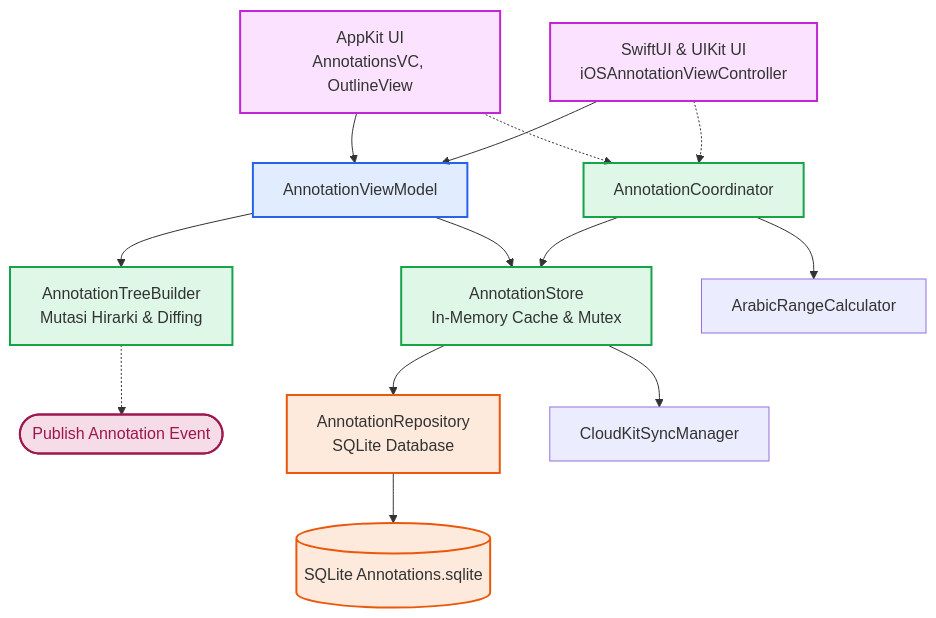
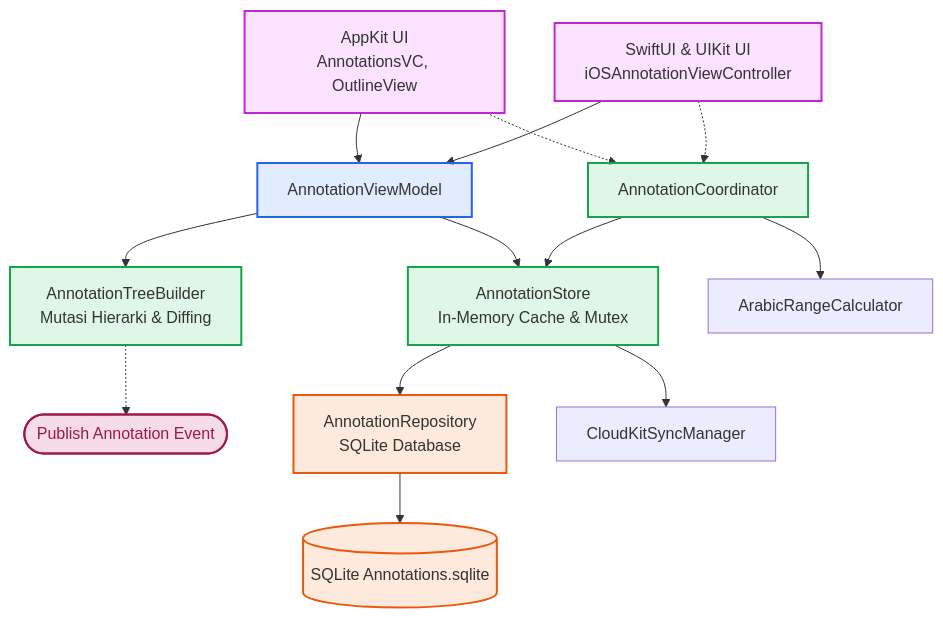
The diagram in docs/features/annotations/index.md (bismillah-100/Maktabah), drawn with Mermaid before and after one commit. The commit also changed 9 other files, not shown here.

````diff
--- a/docs/features/annotations/index.md
+++ b/docs/features/annotations/index.md
@@ -28,32 +28,32 @@
 ```mermaid
 flowchart TD
     UI_Mac[AppKit UI<br>AnnotationsVC, OutlineView] --> VM[AnnotationViewModel]
     UI_iOS[SwiftUI & UIKit UI<br>iOSAnnotationViewController] --> VM
 
-    VM --> Tree[AnnotationTreeBuilder<br>Mutasi Hirarki & Diffing]
+    VM --> Tree[AnnotationTreeBuilder<br>Mutasi Hierarki & Diffing]
     Tree -.-> Publish([Publish Annotation Event])
     VM --> Store[AnnotationStore<br>In-Memory Cache & Mutex]
 
     UI_Mac -.-> Coord[AnnotationCoordinator]
     UI_iOS -.-> Coord
 
     Coord --> Calc[ArabicRangeCalculator]
     Coord --> Store
 
     Store --> Repo[AnnotationRepository<br>SQLite Database]
     Store --> Cloud[CloudKitSyncManager]
 
     Repo --> SQLite[(SQLite Annotations.sqlite)]
 
     classDef ui fill:#e040fb26,stroke:#c026d3,stroke-width:2px;
     classDef vm fill:#3b82f626,stroke:#2563eb,stroke-width:2px;
     classDef store fill:#22c55e26,stroke:#16a34a,stroke-width:2px;
     classDef db fill:#f9731626,stroke:#ea580c,stroke-width:2px;
     classDef event fill:#be185d26,stroke:#9d174d,stroke-width:2px,color:#9d174d;
 
     class UI_Mac,UI_iOS ui;
     class VM vm;
     class Store,Tree,Coord store;
     class Repo,SQLite db;
     class Publish event;
 ```
````
